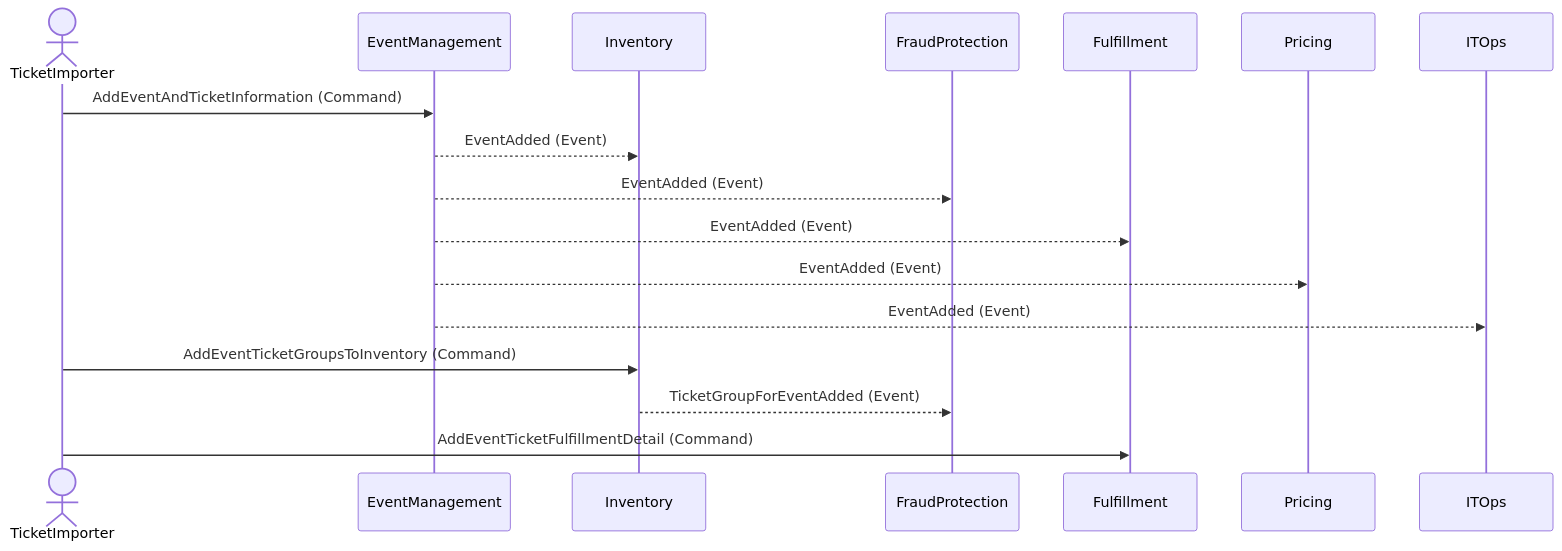
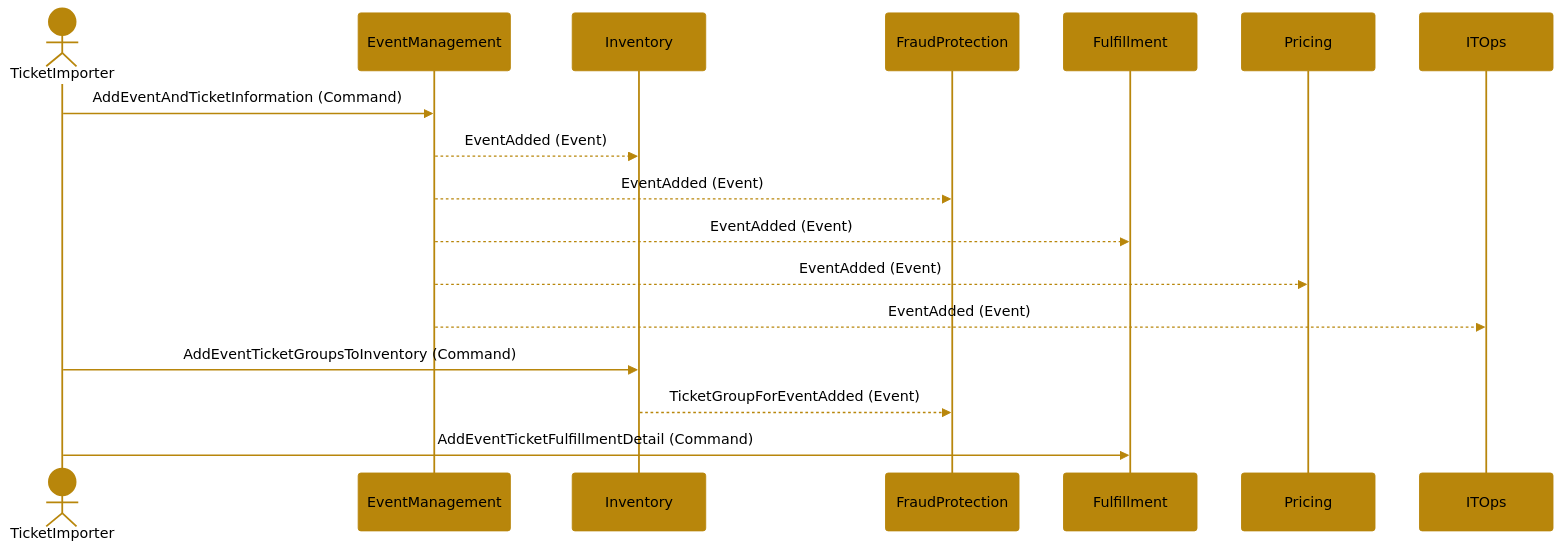
Before and after one commit to AcmeTickets/Diagrams: the diagram in MakeTicketsAvailableForPurchase.md, drawn with Mermaid. The commit also changed other lines of this file, not shown here.

Commit message:
Moved styling inline

````diff
--- a/MakeTicketsAvailableForPurchase.md
+++ b/MakeTicketsAvailableForPurchase.md
@@ -3,23 +1,41 @@
 ```mermaid
+%%{init: {
+  'theme': 'base',
+  'themeVariables': {
+    'primaryColor': '#B8860B',
+    'primaryTextColor': '#000000',
+    'primaryBorderColor': '#B8860B',
+    'lineColor': '#B8860B',
+    'signalColor': '#B8860B',
+    'signalTextColor': '#000000',
+    'actorBkg': '#B8860B',
+    'actorTextColor': '#000000',
+    'actorLineColor': '#B8860B',
+    'actorBorder': '#B8860B',
+    'activationBkgColor': '#B8860B',
+    'activationBorderColor': '#B8860B',
+    'sequenceNumberColor': '#000000'
+  }
+}}%%
 sequenceDiagram
     actor TicketImporter
 
     participant EventManagement
     participant Inventory
     participant FraudProtection
     participant Fulfillment
     participant Pricing
     participant ITOps
 
     TicketImporter->>EventManagement: AddEventAndTicketInformation (Command)
     EventManagement-->>Inventory: EventAdded (Event)
     EventManagement-->>FraudProtection: EventAdded (Event)
     EventManagement-->>Fulfillment: EventAdded (Event)
     EventManagement-->>Pricing: EventAdded (Event)
     EventManagement-->>ITOps: EventAdded (Event)
 
     TicketImporter->>Inventory: AddEventTicketGroupsToInventory (Command)
     Inventory-->>FraudProtection: TicketGroupForEventAdded (Event)
 
     TicketImporter->>Fulfillment: AddEventTicketFulfillmentDetail (Command)
 ```
````
